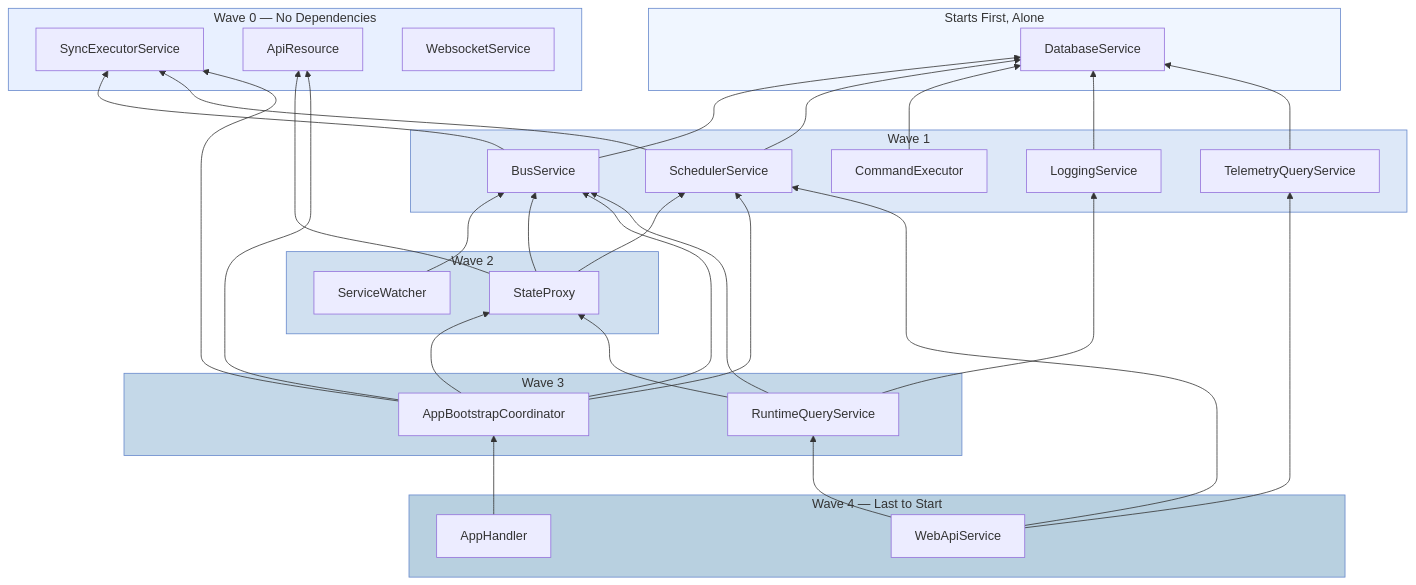
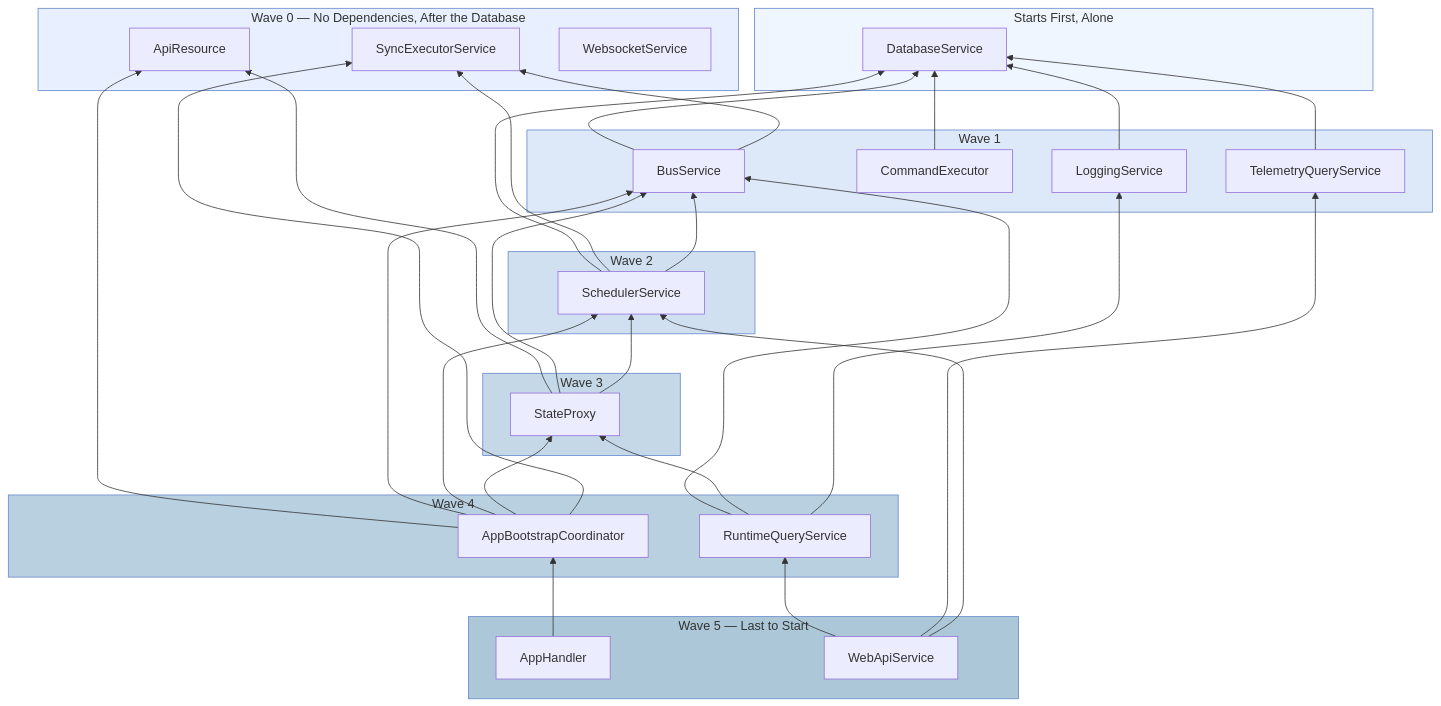
The second of 3 diagrams in docs/pages/core-concepts/internals/index.md (NodeJSmith/hassette), drawn with Mermaid before and after one commit. The commit also changed other lines of this file and 153 other files, not shown here.

````diff
--- a/docs/pages/core-concepts/internals/index.md
+++ b/docs/pages/core-concepts/internals/index.md
@@ -99,57 +99,59 @@
 ```mermaid
 graph BT
     accTitle: Service Dependency Graph
     accDescr: Wave-based startup order, DatabaseService alone at the top, then wave 0
 
     subgraph dbwave["Starts First, Alone"]
         DB[DatabaseService]
     end
 
-    subgraph wave0["Wave 0 — No Dependencies"]
+    subgraph wave0["Wave 0 — No Dependencies, After the Database"]
         SYNC[SyncExecutorService]
         API[ApiResource]
         WS[WebsocketService]
     end
 
     subgraph wave1["Wave 1"]
         BUS[BusService]
-        SCHED[SchedulerService]
         CMD[CommandExecutor]
         LOG[LoggingService]
         TQS[TelemetryQueryService]
     end
 
     subgraph wave2["Wave 2"]
-        SP[StateProxy]
-        SW[ServiceWatcher]
+        SCHED[SchedulerService]
     end
 
     subgraph wave3["Wave 3"]
+        SP[StateProxy]
+    end
+
+    subgraph wave4["Wave 4"]
         ABC[AppBootstrapCoordinator]
         RQS[RuntimeQueryService]
     end
 
-    subgraph wave4["Wave 4 — Last to Start"]
+    subgraph wave5["Wave 5 — Last to Start"]
         AH[AppHandler]
         WEB[WebApiService]
     end
 
     BUS --> DB & SYNC
-    SCHED --> DB & SYNC
+    SCHED --> DB & SYNC & BUS
     CMD --> DB
     LOG --> DB
     TQS --> DB
-    SW --> BUS
     SP --> API & BUS & SCHED
     ABC --> API & BUS & SCHED & SP & SYNC
     RQS --> BUS & SP & LOG
     AH --> ABC
     WEB --> RQS & TQS & SCHED
 
     style dbwave fill:#f0f6ff,stroke:#6688cc
     style wave0 fill:#e8f0ff,stroke:#6688cc
     style wave1 fill:#dde8f8,stroke:#6688cc
     style wave2 fill:#d0e0f0,stroke:#6688cc
     style wave3 fill:#c4d8e8,stroke:#6688cc
     style wave4 fill:#b8d0e0,stroke:#6688cc
+    style wave5 fill:#acc8d8,stroke:#6688cc
 ```
````
